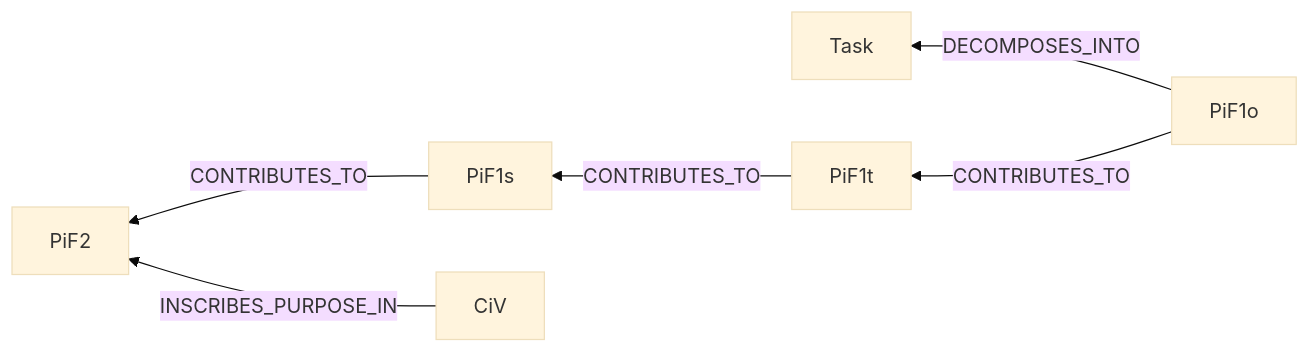
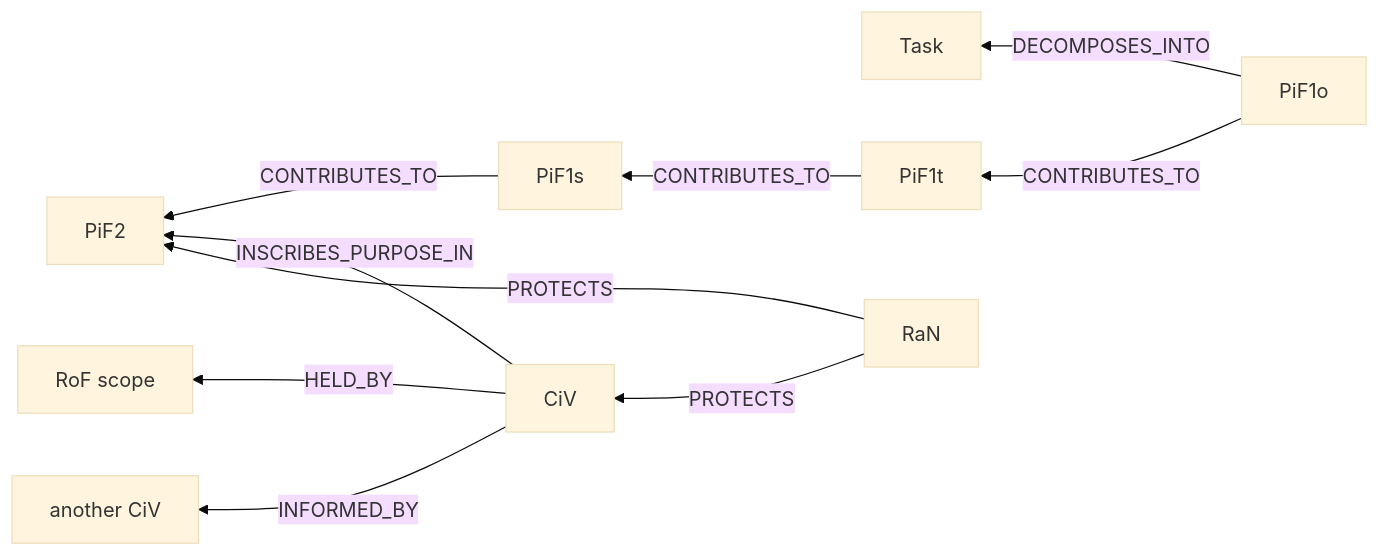
Before and after one commit to eeimicke/junaco-jci-loop: the diagram in docs/diagrams/sources/future-chain.mmd, drawn with Mermaid (base theme). The commit also changed 43 other files, not shown here.

```diff
--- a/docs/diagrams/sources/future-chain.mmd
+++ b/docs/diagrams/sources/future-chain.mmd
@@ -1,6 +1,10 @@
 flowchart RL
     PiF1o -->|DECOMPOSES_INTO| Task
     PiF1o -->|CONTRIBUTES_TO| PiF1t
     PiF1t -->|CONTRIBUTES_TO| PiF1s
     PiF1s -->|CONTRIBUTES_TO| PiF2
     CiV -->|INSCRIBES_PURPOSE_IN| PiF2
+    RaN -->|PROTECTS| CiV
+    RaN -->|PROTECTS| PiF2
+    CiV -->|HELD_BY| Holder[RoF scope]
+    CiV -->|INFORMED_BY| SourceCiV[another CiV]
```
